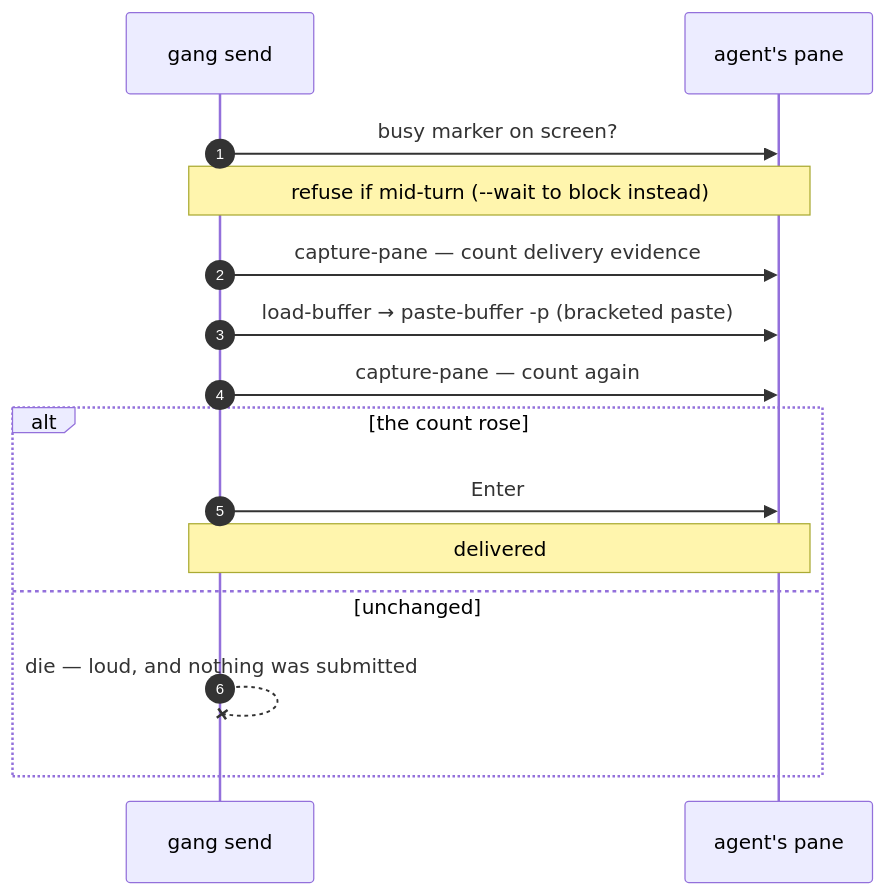
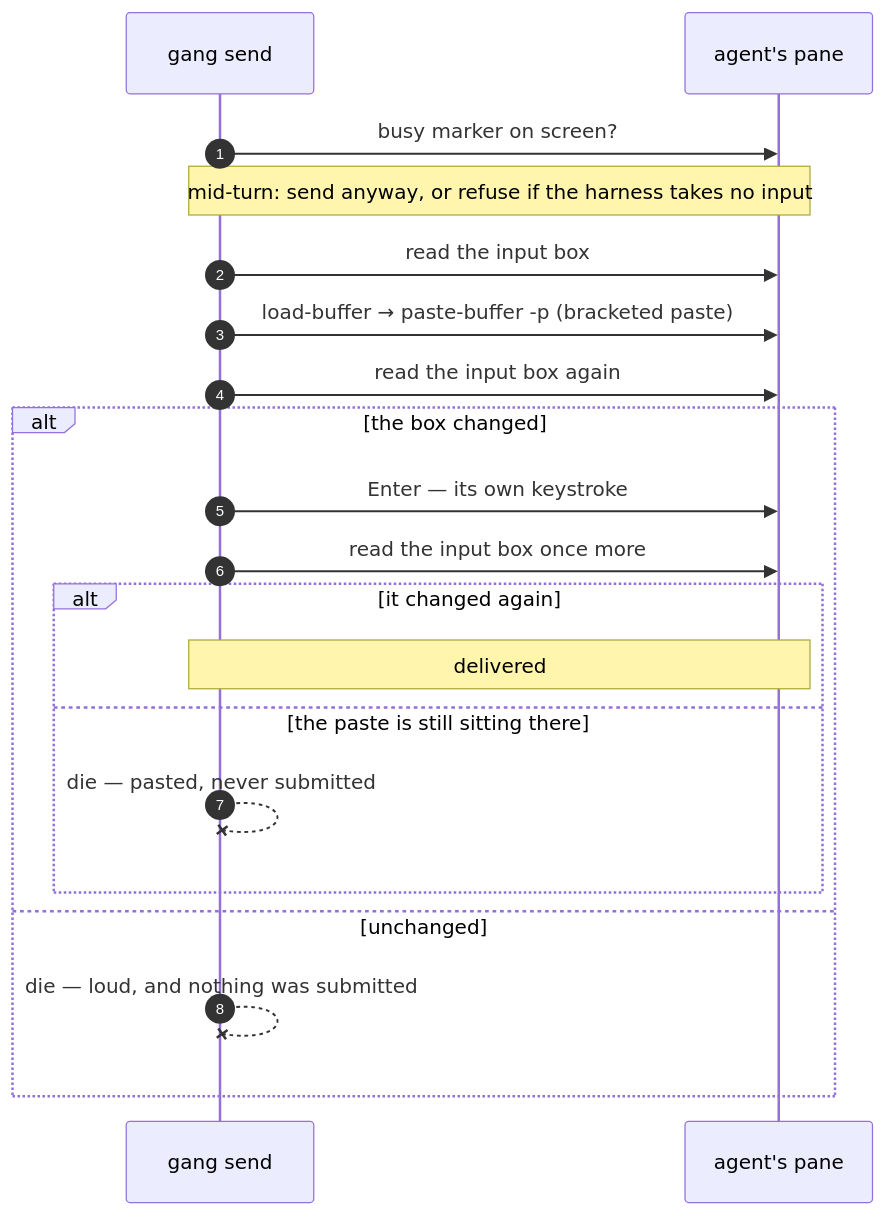
The second of 3 diagrams in README.md (adambiggs/gangline), drawn with Mermaid before and after one commit. The commit also changed other lines of this file and 5 other files, not shown here.

````diff
--- a/README.md
+++ b/README.md
@@ -121,17 +122,22 @@
 ```mermaid
 sequenceDiagram
     autonumber
     participant G as gang send
     participant P as agent's pane
     G->>P: busy marker on screen?
-    Note over G,P: refuse if mid-turn (--wait to block instead)
-    G->>P: capture-pane — count delivery evidence
+    Note over G,P: mid-turn: send anyway, or refuse if the harness takes no input
+    G->>P: read the input box
     G->>P: load-buffer → paste-buffer -p (bracketed paste)
-    G->>P: capture-pane — count again
-    alt the count rose
-        G->>P: Enter
-        Note over G,P: delivered
+    G->>P: read the input box again
+    alt the box changed
+        G->>P: Enter — its own keystroke
+        G->>P: read the input box once more
+        alt it changed again
+            Note over G,P: delivered
+        else the paste is still sitting there
+            G--xG: die — pasted, never submitted
+        end
     else unchanged
         G--xG: die — loud, and nothing was submitted
     end
 ```
````
